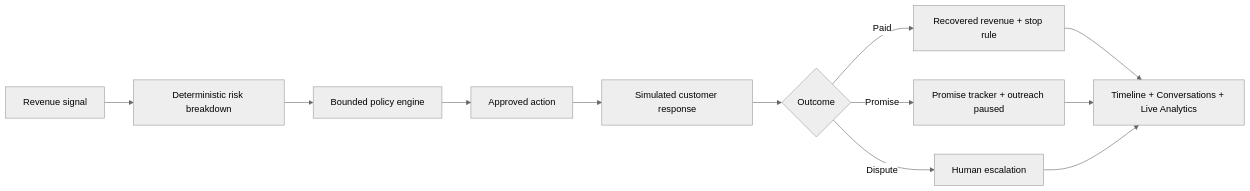
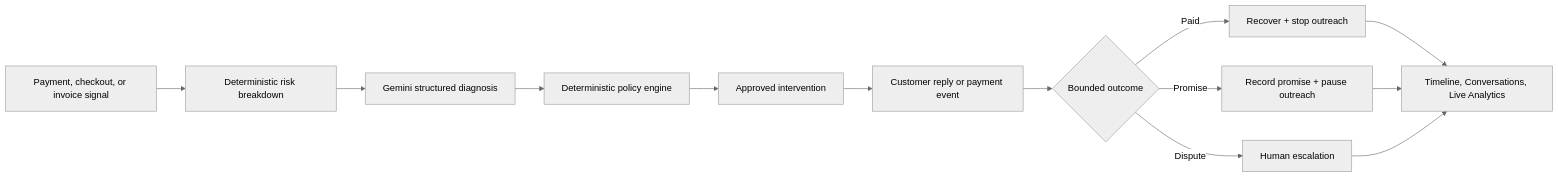
The diagram in README.md (Satyam288-afk/Amsterdam_hackathon), drawn with Mermaid (neutral theme) before and after one commit. The commit also changed other lines of this file, not shown here.

````diff
--- a/README.md
+++ b/README.md
@@ -105,14 +58,15 @@
 ```mermaid
 flowchart LR
-  signal[Revenue signal] --> score[Deterministic risk breakdown]
-  score --> policy[Bounded policy engine]
-  policy --> action[Approved action]
-  action --> response[Simulated customer response]
-  response --> outcome{Outcome}
-  outcome -->|Paid| recovered[Recovered revenue + stop rule]
-  outcome -->|Promise| pause[Promise tracker + outreach paused]
-  outcome -->|Dispute| human[Human escalation]
-  recovered --> proof[Timeline + Conversations + Live Analytics]
+  signal[Payment, checkout, or invoice signal] --> score[Deterministic risk breakdown]
+  score --> diagnosis[Gemini structured diagnosis]
+  diagnosis --> policy[Deterministic policy engine]
+  policy --> action[Approved intervention]
+  action --> reply[Customer reply or payment event]
+  reply --> outcome{Bounded outcome}
+  outcome -->|Paid| close[Recover + stop outreach]
+  outcome -->|Promise| pause[Record promise + pause outreach]
+  outcome -->|Dispute| review[Human escalation]
+  close --> proof[Timeline, Conversations, Live Analytics]
   pause --> proof
-  human --> proof
+  review --> proof
 ```
````
